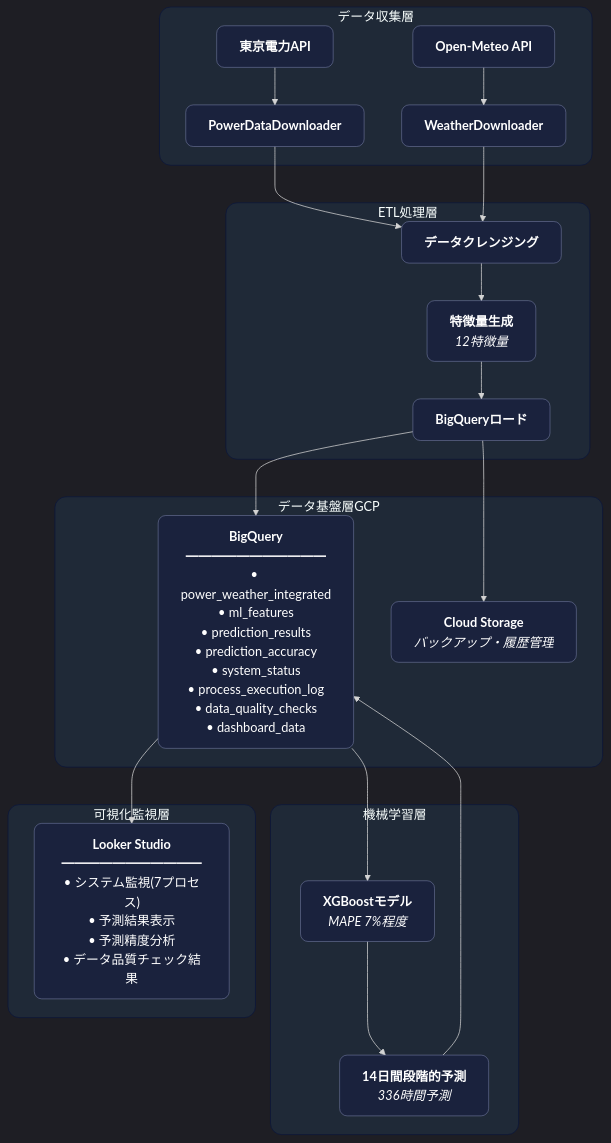
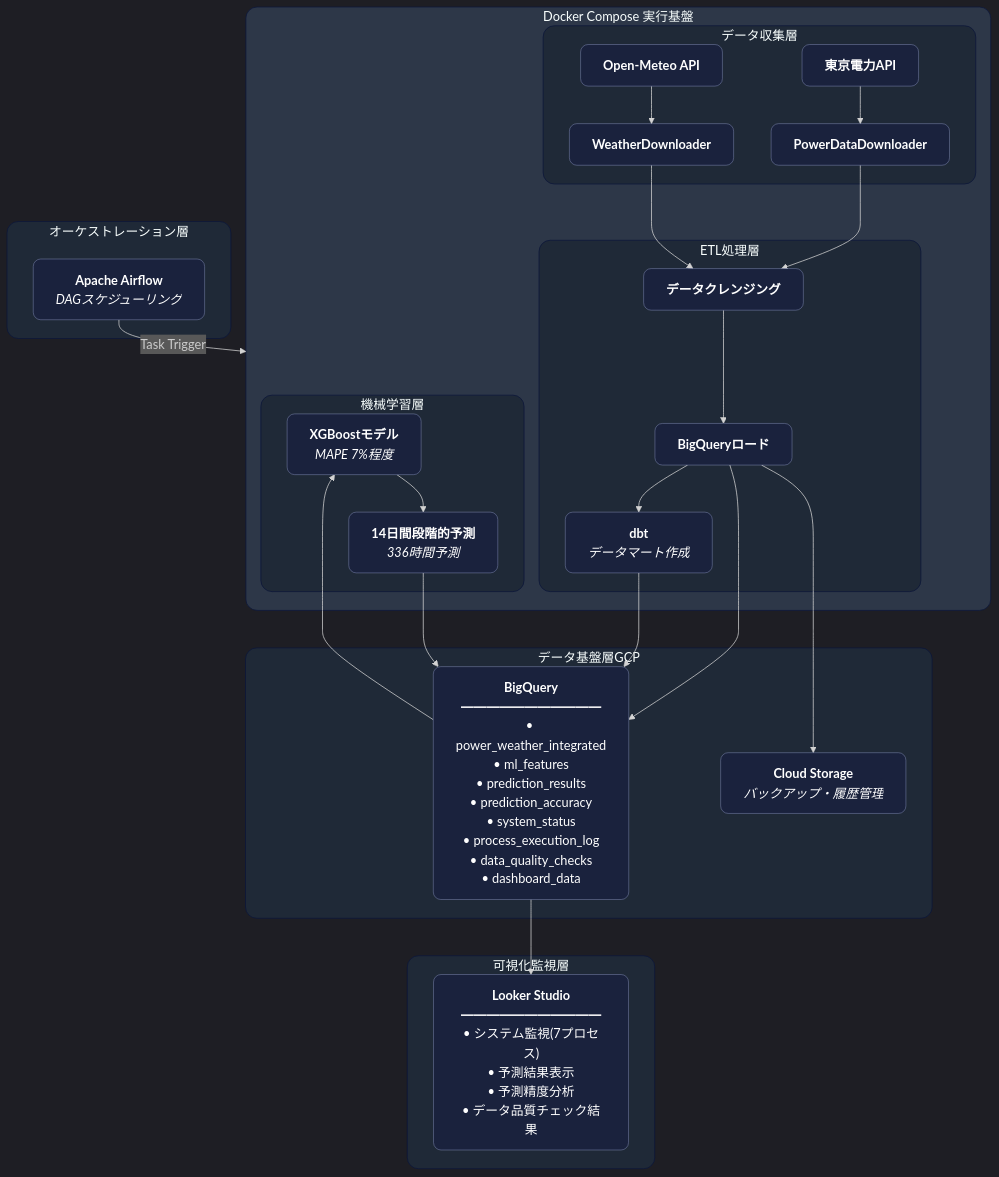
Before and after one commit to tetsufumi-isa/energy-data-platform: the diagram in README.md, drawn with Mermaid. The commit also changed other lines of this file and 30 other files, not shown here.

First line of the commit message:
feat: Docker + Airflow + dbt環境に対応

````diff
--- a/README.md
+++ b/README.md
@@ -51,66 +51,75 @@
 ```mermaid
 %%{
   init: {
     'theme':'dark',
     'themeVariables': {
       'fontSize':'17px',
       'fontFamily':'Arial',
       'clusterBkg':'#1f2937',
       'clusterBorder':'#0b163a',
       'labelTextColor':'#ffffff'
     }
   }
 }%%
 graph TB
-    subgraph データ収集層
-        A1["<b>東京電力API</b>"]
-        A2["<b>Open-Meteo API</b>"]
-        A1 --> B1["<b>PowerDataDownloader</b>"]
-        A2 --> B2["<b>WeatherDownloader</b>"]
+    subgraph オーケストレーション層
+        O1["<b>Apache Airflow</b><br/><i>DAGスケジューリング</i>"]
     end
 
-    subgraph ETL処理層
-        C1["<b>データクレンジング</b>"]
-        C2["<b>特徴量生成</b><br/><i>12特徴量</i>"]
-        C3["<b>BigQueryロード</b>"]
-        C1 --> C2
-        C2 --> C3
+    subgraph DockerCompose["Docker Compose 実行基盤"]
+        subgraph データ収集層
+            A1["<b>東京電力API</b>"]
+            A2["<b>Open-Meteo API</b>"]
+            A1 --> B1["<b>PowerDataDownloader</b>"]
+            A2 --> B2["<b>WeatherDownloader</b>"]
+        end
+
+        subgraph ETL処理層
+            C1["<b>データクレンジング</b>"]
+            C2["<b>BigQueryロード</b>"]
+            C3["<b>dbt</b><br/><i>データマート作成</i>"]
+            C1 --> C2
+            C2 --> C3
+        end
+
+        B1 --> C1
+        B2 --> C1
+
+        subgraph 機械学習層
+            E1["<b>XGBoostモデル</b><br/><i>MAPE 7%程度</i>"]
+            E2["<b>14日間段階的予測</b><br/><i>336時間予測</i>"]
+            E1 --> E2
+        end
     end
 
-    B1 --> C1
-    B2 --> C1
+    O1 -->|Task Trigger| DockerCompose
 
     subgraph データ基盤層GCP
         D1["<b>BigQuery</b><br/>━━━━━━━━━━━<br/>• power_weather_integrated<br/>• ml_features<br/>• prediction_results<br/>• prediction_accuracy<br/>• system_status<br/>• process_execution_log<br/>• data_quality_checks<br/>• dashboard_data"]
         D2["<b>Cloud Storage</b><br/><i>バックアップ・履歴管理</i>"]
     end
 
+    C2 --> D1
+    C2 --> D2
     C3 --> D1
-    C3 --> D2
-
-    subgraph 機械学習層
-        E1["<b>XGBoostモデル</b><br/><i>MAPE 7%程度</i>"]
-        E2["<b>14日間段階的予測</b><br/><i>336時間予測</i>"]
-        E1 --> E2
-        E2 --> D1
-    end
-
+    E2 --> D1
     D1 --> E1
 
     subgraph 可視化監視層
         F1["<b>Looker Studio</b><br/>━━━━━━━━━━━<br/>• システム監視(7プロセス)<br/>• 予測結果表示<br/>• 予測精度分析<br/>• データ品質チェック結果"]
     end
 
     D1 --> F1
 
     classDef defaultStyle fill:#1a223d,stroke:#9fa8da,stroke-width:0.5px,color:#fff,rx:10,ry:10
-    classDef clusterStyle rx:15,ry:15
 
-    class A1,A2,B1,B2,C1,C2,C3,D1,D2,E1,E2,F1 defaultStyle
+    class O1,A1,A2,B1,B2,C1,C2,C3,D1,D2,E1,E2,F1 defaultStyle
 
+    style オーケストレーション層 rx:15,ry:15
+    style DockerCompose rx:15,ry:15,fill:#2d3748
     style データ収集層 rx:15,ry:15
     style ETL処理層 rx:15,ry:15
     style データ基盤層GCP rx:15,ry:15
     style 機械学習層 rx:15,ry:15
     style 可視化監視層 rx:15,ry:15
 ```
````
